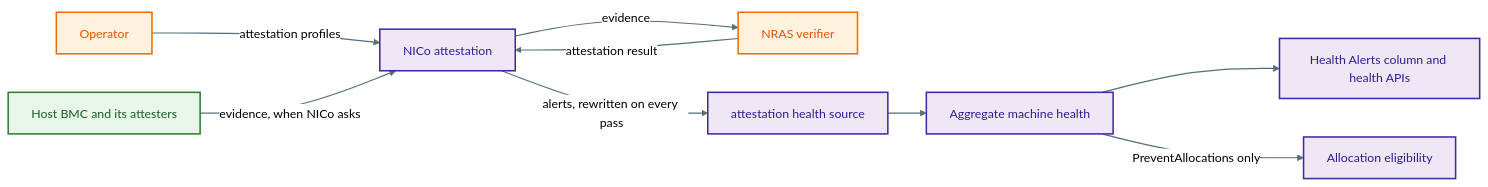
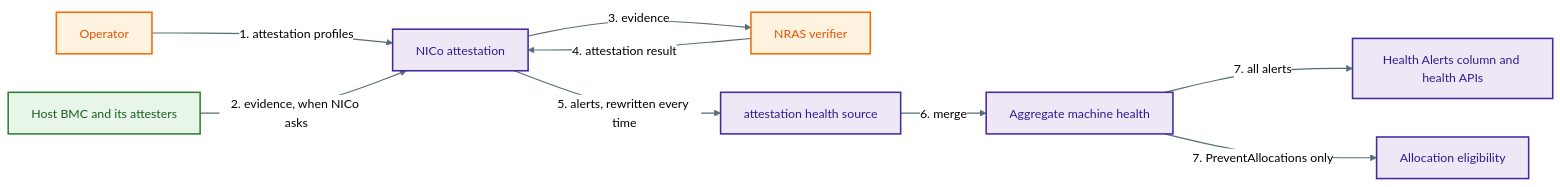
The second of 2 diagrams in docs/design/attestation/attestation-health-alerts.md (prbinu-nvidia/ncx-infra-controller-core), drawn with Mermaid (neutral theme) before and after one commit. The commit also changed other lines of this file, not shown here.

Commit message:
docs: rebase attestation health alerts onto #7664 and restructure

````diff
--- a/docs/design/attestation/attestation-health-alerts.md
+++ b/docs/design/attestation/attestation-health-alerts.md
@@ -101,30 +159,30 @@
 ```mermaid
 flowchart LR
   Operator[Operator]
   Host["Host BMC and its attesters"]
   NICo["NICo attestation"]
   Verifier["NRAS verifier"]
   Source["attestation health source"]
   Aggregate["Aggregate machine health"]
   UI["Health Alerts column and health APIs"]
   Allocation["Allocation eligibility"]
 
-  Operator -->|"attestation profiles"| NICo
-  Host -->|"evidence, when NICo asks"| NICo
-  NICo -->|evidence| Verifier
-  Verifier -->|"attestation result"| NICo
-  NICo -->|"alerts, rewritten on every pass"| Source
-  Source --> Aggregate
-  Aggregate --> UI
-  Aggregate -->|"PreventAllocations only"| Allocation
+  Operator -->|"1. attestation profiles"| NICo
+  Host -->|"2. evidence, when NICo asks"| NICo
+  NICo -->|"3. evidence"| Verifier
+  Verifier -->|"4. attestation result"| NICo
+  NICo -->|"5. alerts, rewritten every time"| Source
+  Source -->|"6. merge"| Aggregate
+  Aggregate -->|"7. all alerts"| UI
+  Aggregate -->|"7. PreventAllocations only"| Allocation
 
   classDef hw stroke:#2e7d32,stroke-width:2px,fill:#e8f5e9,color:#1b5e20
   classDef core stroke:#4527a0,stroke-width:2px,fill:#ede7f6,color:#311b92
   classDef ext stroke:#ef6c00,stroke-width:2px,fill:#fff3e0,color:#e65100
 
   class Host hw
   class NICo,Source,Aggregate,UI,Allocation core
   class Operator,Verifier ext
 
   linkStyle default stroke:#546e7a,stroke-width:1.5px
 ```
````
